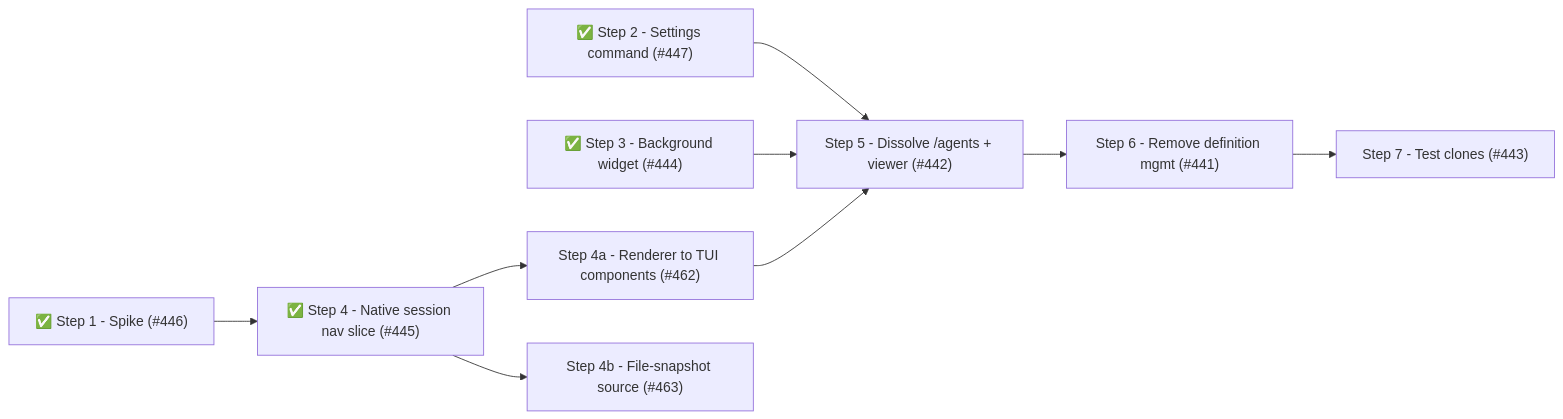
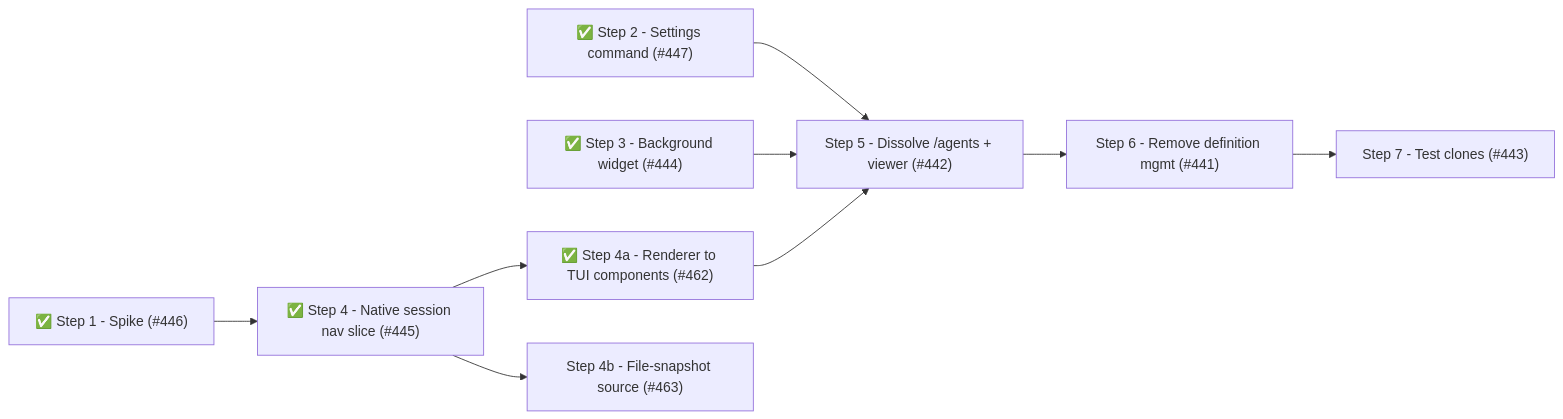
Before and after one commit to ttdua/pi-subagents: the sixth of 6 diagrams in docs/architecture/architecture.md, drawn with Mermaid. The commit also changed other lines of this file, not shown here.

Commit message:
docs: mark native-navigation renderer upgrade landed (#462)

````diff
--- a/docs/architecture/architecture.md
+++ b/docs/architecture/architecture.md
@@ -1100,21 +1107,21 @@
 ```mermaid
 flowchart LR
     S1["✅ Step 1 - Spike (#446)"]
     S2["✅ Step 2 - Settings command (#447)"]
     S3["✅ Step 3 - Background widget (#444)"]
     S4["✅ Step 4 - Native session nav slice (#445)"]
-    S4a["Step 4a - Renderer to TUI components (#462)"]
+    S4a["✅ Step 4a - Renderer to TUI components (#462)"]
     S4b["Step 4b - File-snapshot source (#463)"]
     S5["Step 5 - Dissolve /agents + viewer (#442)"]
     S6["Step 6 - Remove definition mgmt (#441)"]
     S7["Step 7 - Test clones (#443)"]
 
     S1 --> S4
     S4 --> S4a
     S4 --> S4b
     S2 --> S5
     S3 --> S5
     S4a --> S5
     S5 --> S6
     S6 --> S7
 ```
````
